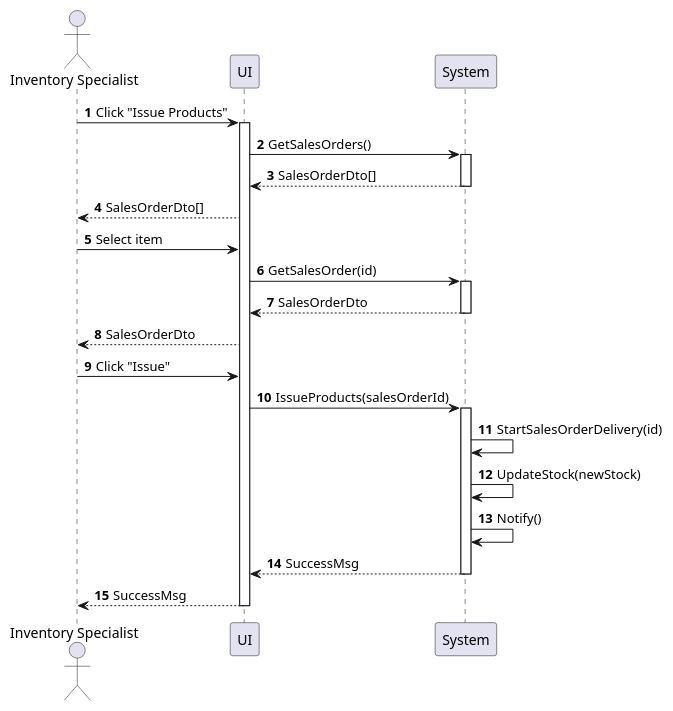
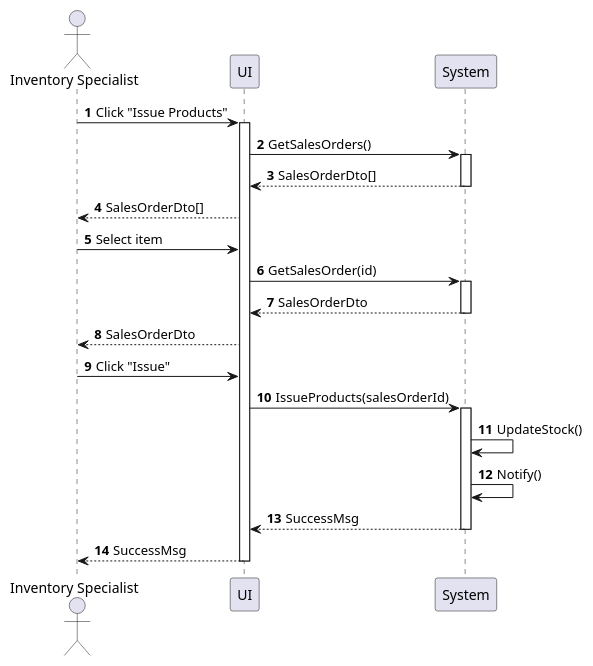
The diagram in sequences/inventory-product-issue.plantuml (phihungha/scmss-reqs), drawn with PlantUML before and after one commit. The commit also changed 7 other files, not shown here.

```diff
--- a/sequences/inventory-product-issue.plantuml
+++ b/sequences/inventory-product-issue.plantuml
@@ -1,27 +1,26 @@
 @startuml inventory-product-issue
 autonumber
 
 actor "Inventory Specialist" as a
 participant UI as f
 participant System as b
 
 a -> f : Click "Issue Products"
 activate f
 f -> b : GetSalesOrders()
 activate b
 return SalesOrderDto[]
 f --> a : SalesOrderDto[]
 a -> f : Select item
 f -> b : GetSalesOrder(id)
 activate b
 return SalesOrderDto
 f --> a : SalesOrderDto
 a -> f : Click "Issue"
 f -> b : IssueProducts(salesOrderId)
 activate b
-b -> b : StartSalesOrderDelivery(id)
-b -> b : UpdateStock(newStock)
+b -> b : UpdateStock()
 b -> b : Notify()
 return SuccessMsg
 return SuccessMsg
 @enduml
```
